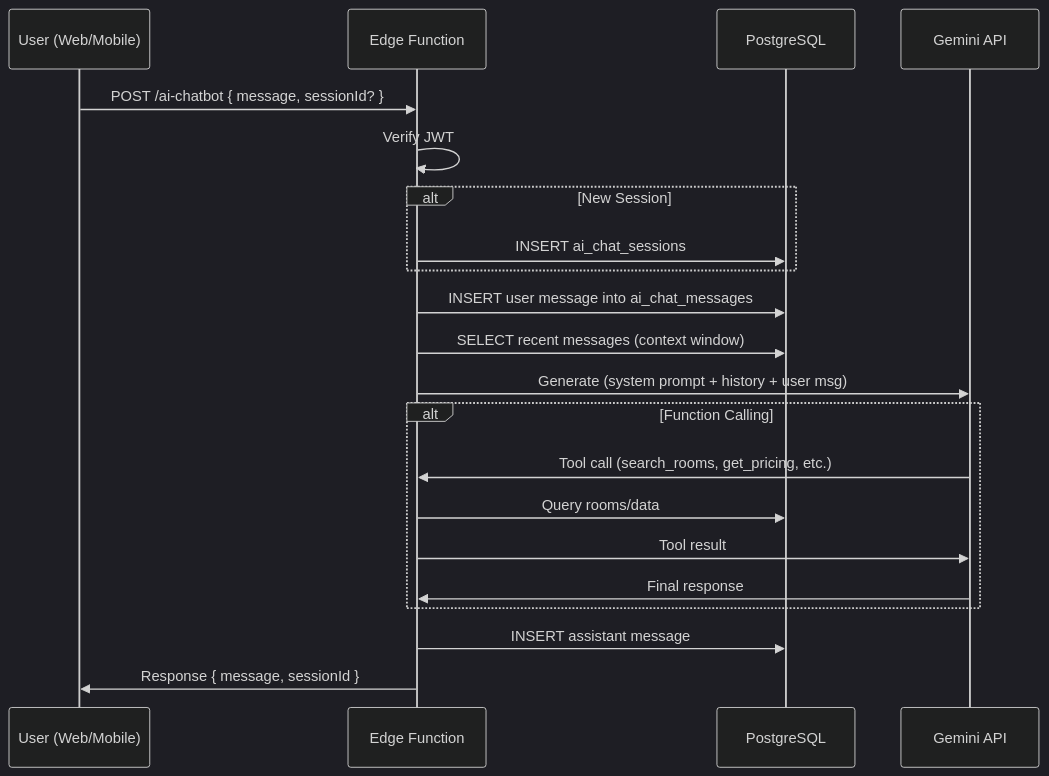
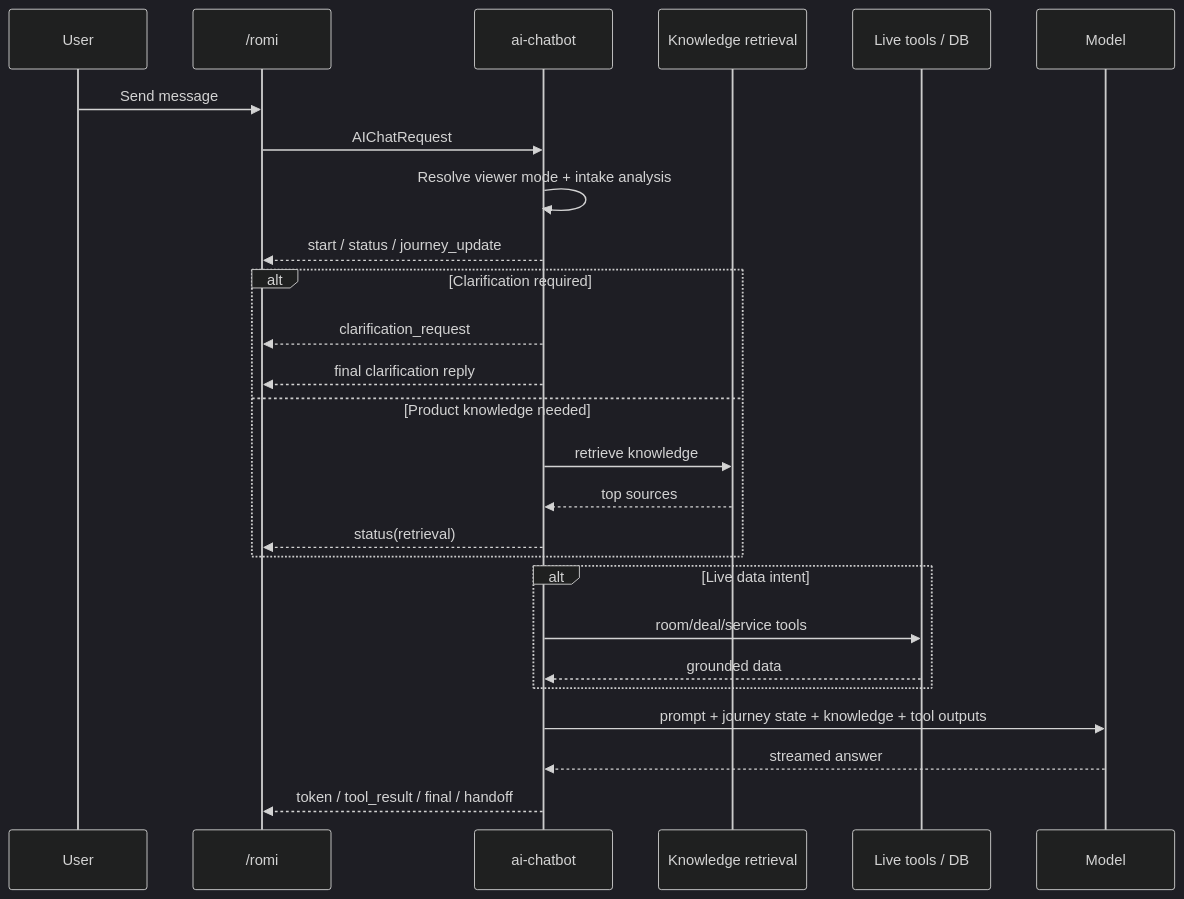
The second of 2 diagrams in docs/ai/design/feature-ai-chatbot.md (DarwinDO/roomz-ui), drawn with Mermaid (dark theme) before and after one commit. The commit also changed other lines of this file and 63 other files, not shown here.

First line of the commit message:
refactor(ai-chatbot): implement ROMI v3 architecture and enhance guest support

````diff
--- a/docs/ai/design/feature-ai-chatbot.md
+++ b/docs/ai/design/feature-ai-chatbot.md
@@ -111,28 +171,32 @@
 ```mermaid
 sequenceDiagram
-    participant U as User (Web/Mobile)
-    participant EF as Edge Function
-    participant DB as PostgreSQL
-    participant AI as Gemini API
+    participant U as User
+    participant W as /romi
+    participant EF as ai-chatbot
+    participant K as Knowledge retrieval
+    participant T as Live tools / DB
+    participant M as Model
 
-    U->>EF: POST /ai-chatbot { message, sessionId? }
-    EF->>EF: Verify JWT
-    
-    alt New Session
-        EF->>DB: INSERT ai_chat_sessions
+    U->>W: Send message
+    W->>EF: AIChatRequest
+    EF->>EF: Resolve viewer mode + intake analysis
+    EF-->>W: start / status / journey_update
+
+    alt Clarification required
+        EF-->>W: clarification_request
+        EF-->>W: final clarification reply
+    else Product knowledge needed
+        EF->>K: retrieve knowledge
+        K-->>EF: top sources
+        EF-->>W: status(retrieval)
     end
-    
-    EF->>DB: INSERT user message into ai_chat_messages
-    EF->>DB: SELECT recent messages (context window)
-    EF->>AI: Generate (system prompt + history + user msg)
-    
-    alt Function Calling
-        AI->>EF: Tool call (search_rooms, get_pricing, etc.)
-        EF->>DB: Query rooms/data
-        EF->>AI: Tool result
-        AI->>EF: Final response
+
+    alt Live data intent
+        EF->>T: room/deal/service tools
+        T-->>EF: grounded data
     end
-    
-    EF->>DB: INSERT assistant message
-    EF->>U: Response { message, sessionId }
+
+    EF->>M: prompt + journey state + knowledge + tool outputs
+    M-->>EF: streamed answer
+    EF-->>W: token / tool_result / final / handoff
 ```
````
